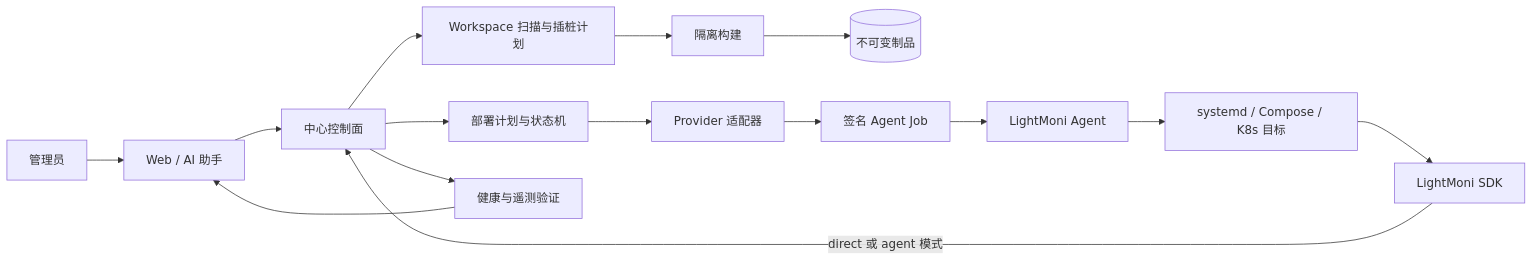
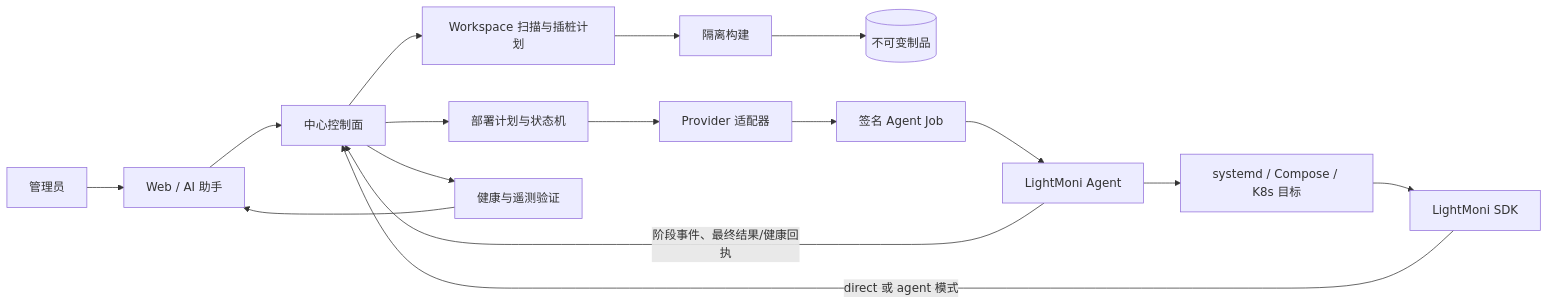
The diagram in specs/021-ai-sdk-instrumentation-deployment/plan.md (workhold/lightmoni), drawn with Mermaid before and after one commit. The commit also changed other lines of this file and 13 other files, not shown here.

````diff
--- a/specs/021-ai-sdk-instrumentation-deployment/plan.md
+++ b/specs/021-ai-sdk-instrumentation-deployment/plan.md
@@ -16,17 +16,18 @@
 ```mermaid
 flowchart LR
   User[管理员] --> UI[Web / AI 助手]
   UI --> Center[中心控制面]
   Center --> Scan[Workspace 扫描与插桩计划]
   Scan --> Build[隔离构建]
   Build --> Artifact[(不可变制品)]
   Center --> Deploy[部署计划与状态机]
   Deploy --> Adapter[Provider 适配器]
   Adapter --> Job[签名 Agent Job]
   Job --> Agent[LightMoni Agent]
   Agent --> Runtime[systemd / Compose / K8s 目标]
+  Agent -->|阶段事件、最终结果/健康回执| Center
   Runtime --> SDK[LightMoni SDK]
   SDK -->|direct 或 agent 模式| Center
   Center --> Verify[健康与遥测验证]
   Verify --> UI
 ```
````
